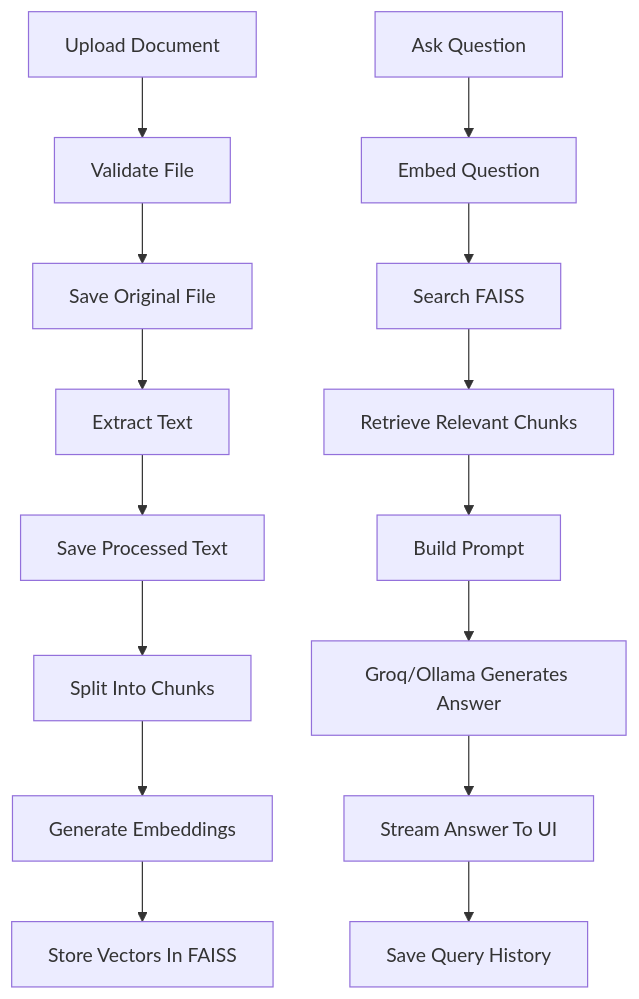
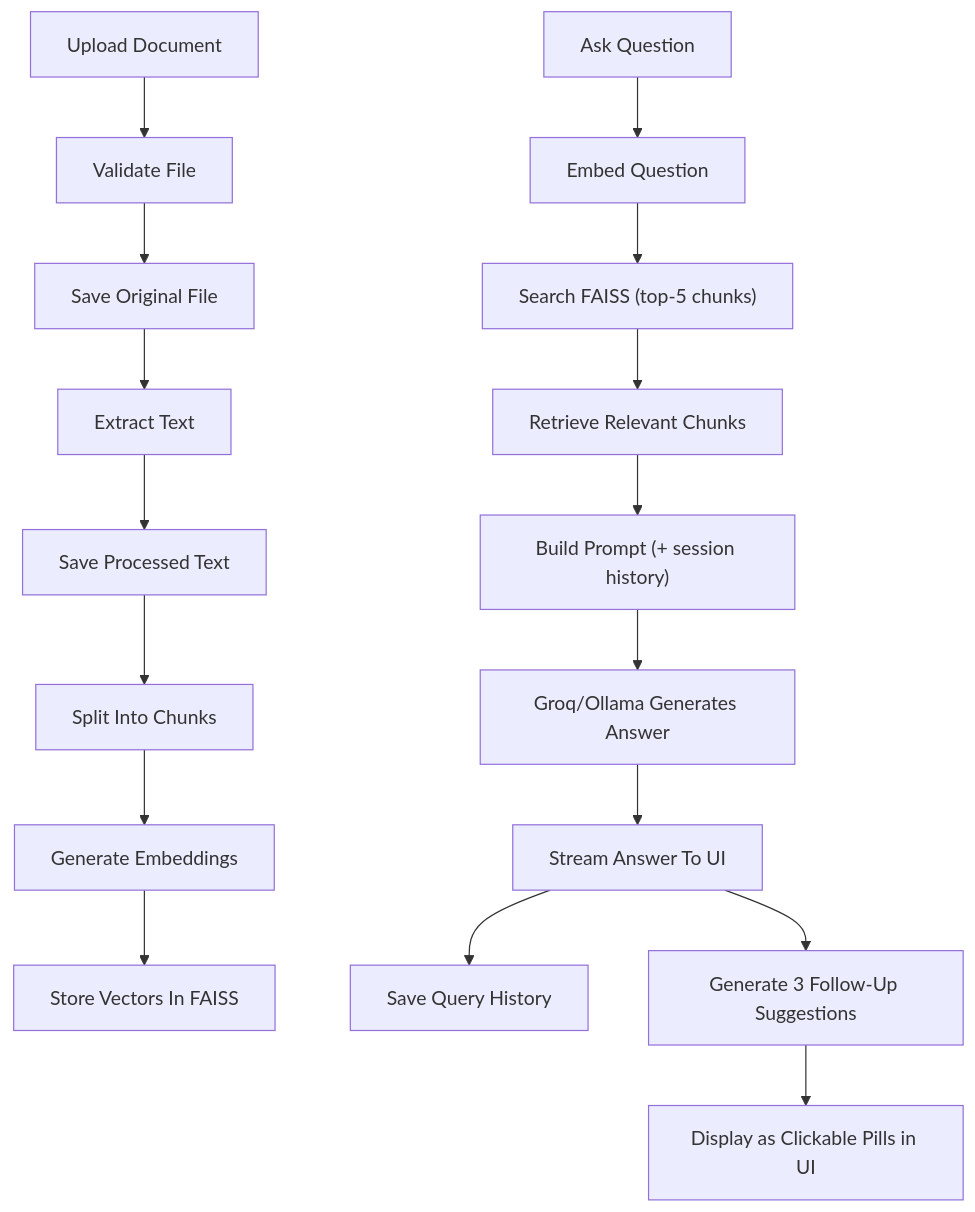
The second of 2 diagrams in README.md (Aryangupta-05/document-qa-rag-Documind), drawn with Mermaid before and after one commit. The commit also changed other lines of this file, not shown here.

````diff
--- a/README.md
+++ b/README.md
@@ -95,18 +97,20 @@
 ```mermaid
 flowchart TD
     A["Upload Document"] --> B["Validate File"]
     B --> C["Save Original File"]
     C --> D["Extract Text"]
     D --> E["Save Processed Text"]
     E --> F["Split Into Chunks"]
     F --> G["Generate Embeddings"]
     G --> H["Store Vectors In FAISS"]
 
     I["Ask Question"] --> J["Embed Question"]
-    J --> K["Search FAISS"]
+    J --> K["Search FAISS (top-5 chunks)"]
     K --> L["Retrieve Relevant Chunks"]
-    L --> M["Build Prompt"]
+    L --> M["Build Prompt (+ session history)"]
     M --> N["Groq/Ollama Generates Answer"]
     N --> O["Stream Answer To UI"]
     O --> P["Save Query History"]
+    O --> Q["Generate 3 Follow-Up Suggestions"]
+    Q --> R["Display as Clickable Pills in UI"]
 ```
````
